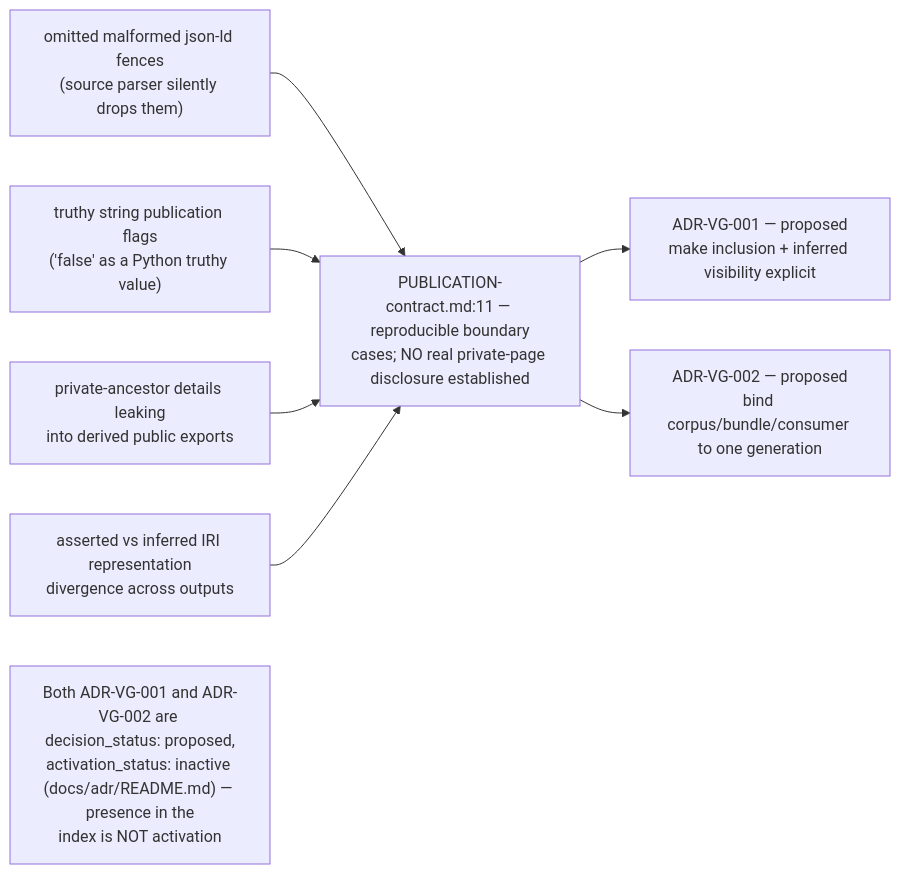
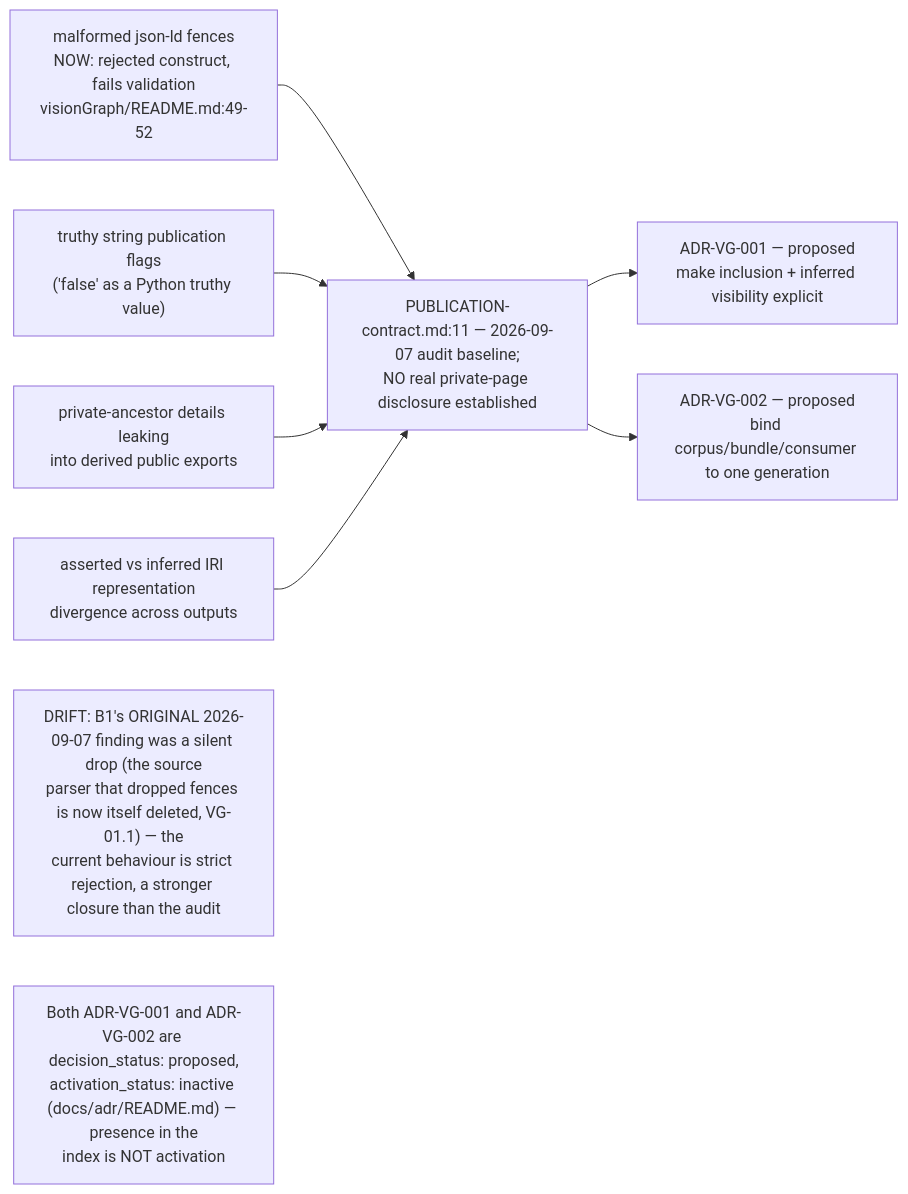
Before and after one commit to DreamLab-AI/VisionFlow: the third of 5 diagrams in docs/diagrams/visiongraph/01-vault-structure-and-contract.md, drawn with Mermaid. The commit also changed other lines of this file and 136 other files, not shown here.

First line of the commit message:
docs(diagrams): refresh the whole corpus to code HEAD and prune low-value diagrams

````diff
--- a/docs/diagrams/visiongraph/01-vault-structure-and-contract.md
+++ b/docs/diagrams/visiongraph/01-vault-structure-and-contract.md
@@ -77,11 +85,12 @@
 ```mermaid
 flowchart LR
-    B1["omitted malformed json-ld fences<br/>#40;source parser silently drops them#41;"]
+    B1["malformed json-ld fences<br/>NOW: rejected construct, fails validation<br/>visionGraph/README.md:49-52"]
     B2["truthy string publication flags<br/>#40;'false' as a Python truthy value#41;"]
     B3["private-ancestor details leaking<br/>into derived public exports"]
     B4["asserted vs inferred IRI representation<br/>divergence across outputs"]
-    B1 & B2 & B3 & B4 --> EVID["PUBLICATION-contract.md:11 — reproducible boundary<br/>cases; NO real private-page disclosure established"]
+    B1 & B2 & B3 & B4 --> EVID["PUBLICATION-contract.md:11 — 2026-09-07 audit baseline;<br/>NO real private-page disclosure established"]
     EVID --> ADR1["ADR-VG-001 — proposed<br/>make inclusion + inferred visibility explicit"]
     EVID --> ADR2["ADR-VG-002 — proposed<br/>bind corpus/bundle/consumer to one generation"]
-    note1["Both ADR-VG-001 and ADR-VG-002 are decision_status: proposed,<br/>activation_status: inactive #40;docs/adr/README.md#41; — presence in the<br/>index is NOT activation"]
+    note1["DRIFT: B1's ORIGINAL 2026-09-07 finding was a silent drop #40;the source<br/>parser that dropped fences is now itself deleted, VG-01.1#41; — the<br/>current behaviour is strict rejection, a stronger closure than the audit"]
+    note2["Both ADR-VG-001 and ADR-VG-002 are decision_status: proposed,<br/>activation_status: inactive #40;docs/adr/README.md#41; — presence in the<br/>index is NOT activation"]
 ```
````
